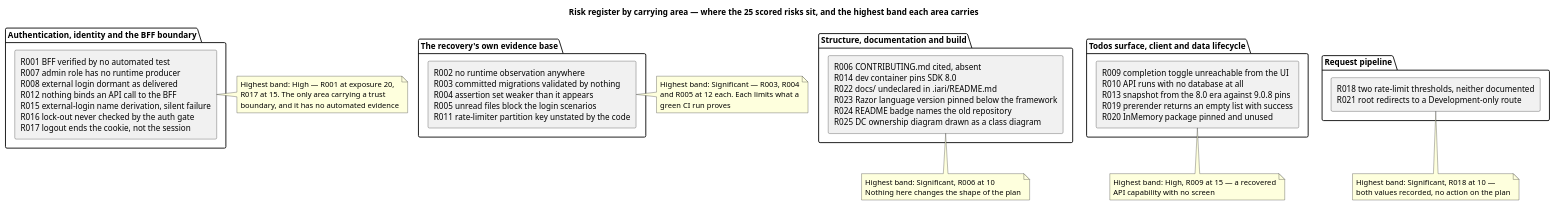
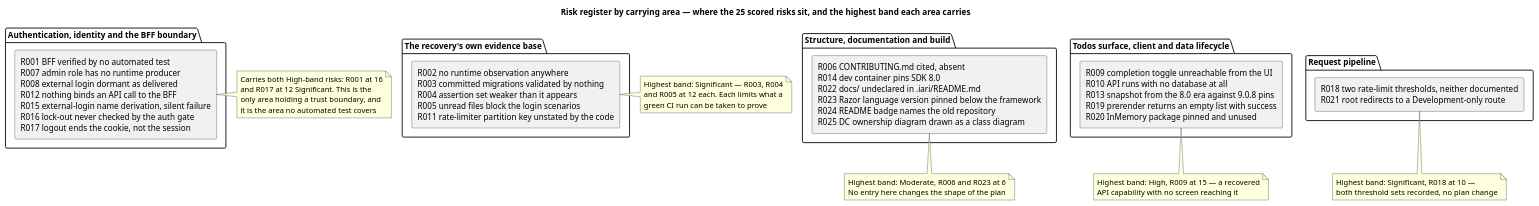
The second of 2 diagrams in docs/artifacts/project-management/risk-list.md (banense-test/TodoApp), drawn with PlantUML before and after one commit. The commit also changed other lines of this file, not shown here.

````diff
--- a/docs/artifacts/project-management/risk-list.md
+++ b/docs/artifacts/project-management/risk-list.md
@@ -93,50 +92,51 @@
 ```plantuml
 @startuml
 title Risk register by carrying area — where the 25 scored risks sit, and the highest band each area carries
 skinparam componentStyle rectangle
 skinparam shadowing false
 
 package "Authentication, identity and the BFF boundary" {
   component "R001 BFF verified by no automated test\nR007 admin role has no runtime producer\nR008 external login dormant as delivered\nR012 nothing binds an API call to the BFF\nR015 external-login name derivation, silent failure\nR016 lock-out never checked by the auth gate\nR017 logout ends the cookie, not the session" as A
 }
 
 package "The recovery's own evidence base" {
   component "R002 no runtime observation anywhere\nR003 committed migrations validated by nothing\nR004 assertion set weaker than it appears\nR005 unread files block the login scenarios\nR011 rate-limiter partition key unstated by the code" as B
 }
 
 package "Structure, documentation and build" {
   component "R006 CONTRIBUTING.md cited, absent\nR014 dev container pins SDK 8.0\nR022 docs/ undeclared in .iari/README.md\nR023 Razor language version pinned below the framework\nR024 README badge names the old repository\nR025 DC ownership diagram drawn as a class diagram" as C
 }
 
 package "Todos surface, client and data lifecycle" {
   component "R009 completion toggle unreachable from the UI\nR010 API runs with no database at all\nR013 snapshot from the 8.0 era against 9.0.8 pins\nR019 prerender returns an empty list with success\nR020 InMemory package pinned and unused" as D
 }
 
 package "Request pipeline" {
   component "R018 two rate-limit thresholds, neither documented\nR021 root redirects to a Development-only route" as E
 }
 
 note right of A
-  Highest band: High — R001 at exposure 20,
-  R017 at 15. The only area carrying a trust
-  boundary, and it has no automated evidence
+  Carries both High-band risks: R001 at 16
+  and R017 at 12 Significant. This is the
+  only area holding a trust boundary, and
+  it is the area no automated test covers
 end note
 note right of B
   Highest band: Significant — R003, R004
   and R005 at 12 each. Each limits what a
-  green CI run proves
+  green CI run can be taken to prove
 end note
 note bottom of C
-  Highest band: Significant, R006 at 10
-  Nothing here changes the shape of the plan
+  Highest band: Moderate, R006 and R023 at 6
+  No entry here changes the shape of the plan
 end note
 note bottom of D
   Highest band: High, R009 at 15 — a recovered
-  API capability with no screen
+  API capability with no screen reaching it
 end note
 note bottom of E
   Highest band: Significant, R018 at 10 —
-  both values recorded, no action on the plan
+  both threshold sets recorded, no plan change
 end note
 @enduml
 ```
````
